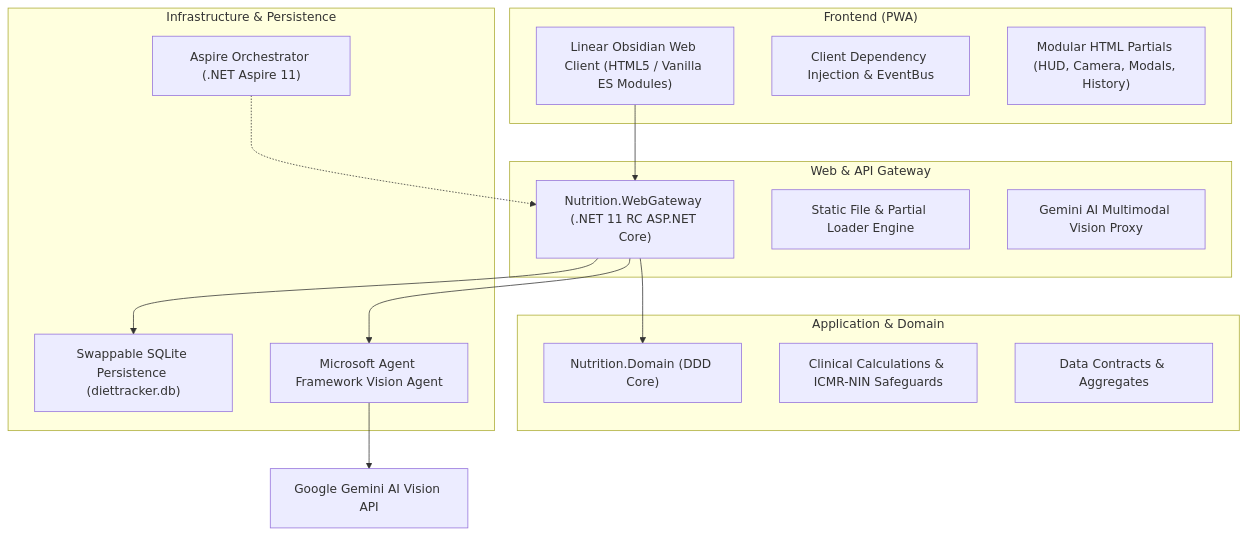
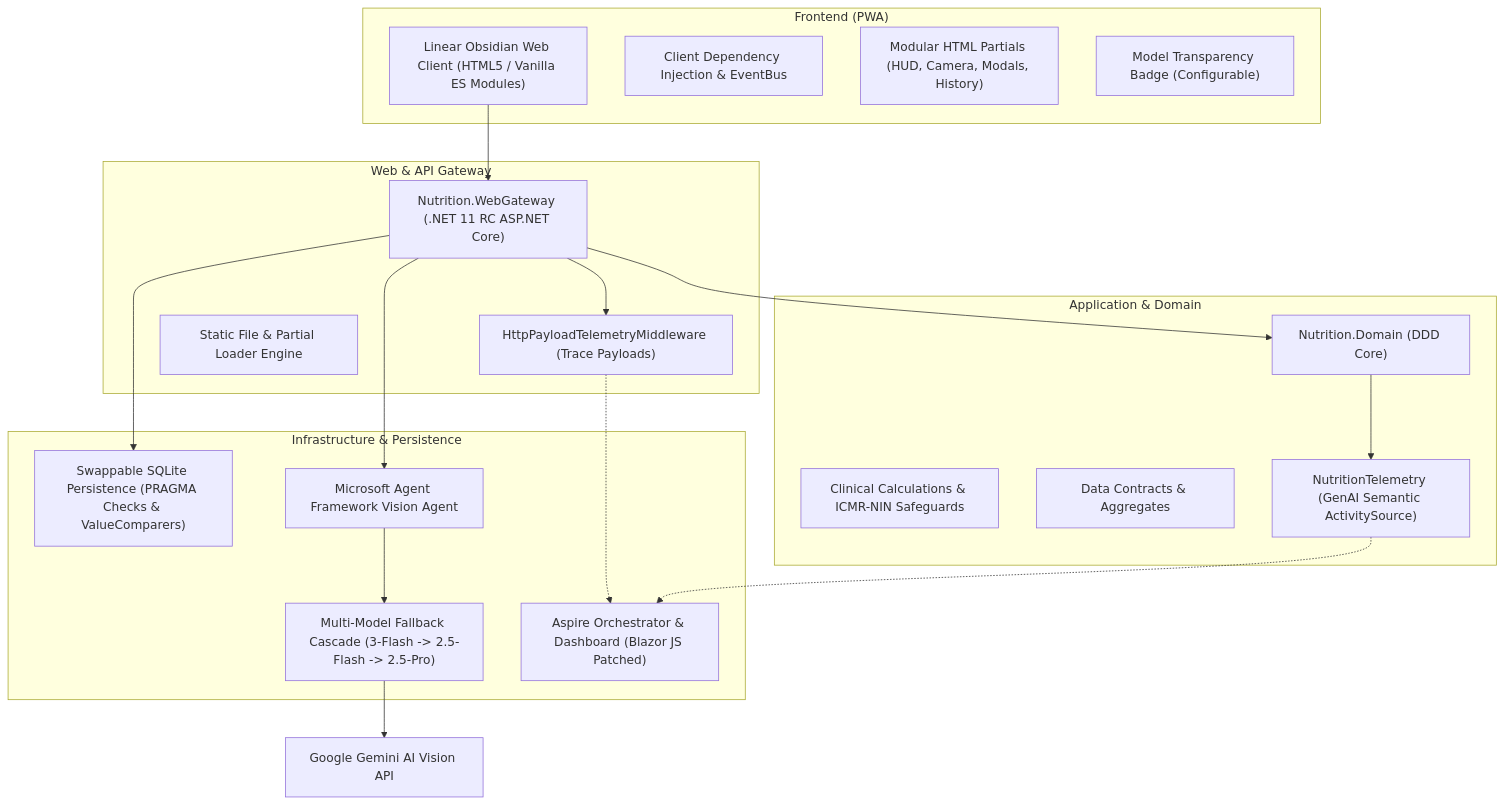
The diagram in README.md (nikunjbanker/diet-dost), drawn with Mermaid before and after one commit. The commit also changed other lines of this file and 11 other files, not shown here.

Commit message:
docs: add comprehensive software design documentation and architecture diagrams

````diff
--- a/README.md
+++ b/README.md
@@ -31,33 +35,40 @@
 ```mermaid
 graph TD
     subgraph Client ["Frontend (PWA)"]
         UI["Linear Obsidian Web Client (HTML5 / Vanilla ES Modules)"]
         DI["Client Dependency Injection & EventBus"]
         Partials["Modular HTML Partials (HUD, Camera, Modals, History)"]
+        Badge["Model Transparency Badge (Configurable)"]
     end
 
     subgraph Gateway ["Web & API Gateway"]
         WebGateway["Nutrition.WebGateway (.NET 11 RC ASP.NET Core)"]
+        MW["HttpPayloadTelemetryMiddleware (Trace Payloads)"]
         StaticFileServer["Static File & Partial Loader Engine"]
-        Proxy["Gemini AI Multimodal Vision Proxy"]
     end
 
     subgraph Core ["Application & Domain"]
         Domain["Nutrition.Domain (DDD Core)"]
         Clinical["Clinical Calculations & ICMR-NIN Safeguards"]
         Contracts["Data Contracts & Aggregates"]
+        Telemetry["NutritionTelemetry (GenAI Semantic ActivitySource)"]
     end
 
     subgraph Infra ["Infrastructure & Persistence"]
-        SQLite["Swappable SQLite Persistence (diettracker.db)"]
+        SQLite["Swappable SQLite Persistence (PRAGMA Checks & ValueComparers)"]
         AgentVision["Microsoft Agent Framework Vision Agent"]
-        Aspire["Aspire Orchestrator (.NET Aspire 11)"]
+        Cascade["Multi-Model Fallback Cascade (3-Flash -> 2.5-Flash -> 2.5-Pro)"]
+        Aspire["Aspire Orchestrator & Dashboard (Blazor JS Patched)"]
     end
 
     UI --> WebGateway
+    WebGateway --> MW
     WebGateway --> Domain
     WebGateway --> SQLite
     WebGateway --> AgentVision
-    AgentVision --> GoogleGemini["Google Gemini AI Vision API"]
-    Aspire -.-> WebGateway
+    AgentVision --> Cascade
+    Cascade --> GoogleGemini["Google Gemini AI Vision API"]
+    Domain --> Telemetry
+    Telemetry -.-> Aspire
+    MW -.-> Aspire
 ```
````
